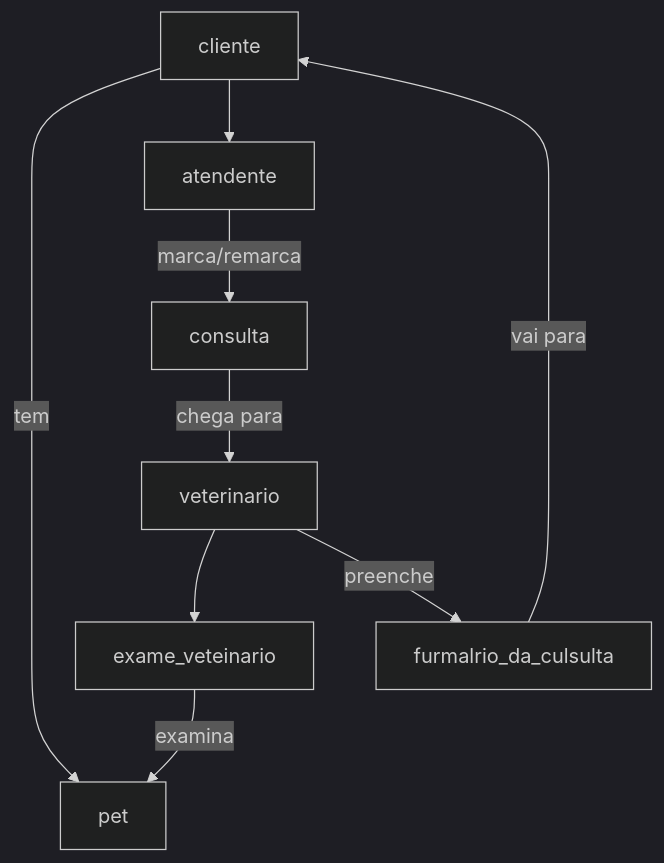
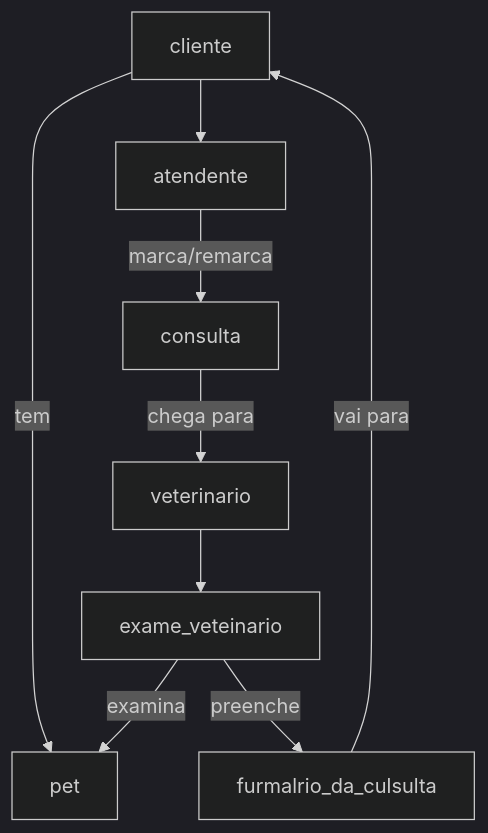
The diagram in README.md (Andriel94/Clinica_Veterianaria_Trabalho-engenharia-software-2026), drawn with Mermaid (dark theme) before and after one commit.

Commit message:
Fix typo in README.md related to consultation flow

````diff
--- a/README.md
+++ b/README.md
@@ -6,19 +6,18 @@
 ```mermaid
 flowchart TD
 
     cliente["cliente"]
     pet["pet"]
     atendente["atendente"]
     veterinario["veterinario"]
 
     consulta["consulta"]
     exame_veteinario["exame_veteinario"]
     furmulario_da_culsulta["furmalrio_da_culsulta"]
 
     cliente -- tem --> pet 
     cliente --> atendente -- "marca/remarca" --> consulta
     consulta -- "chega para" --> veterinario --> exame_veteinario -- "examina" --> pet
-    veterinario -- "preenche" --> furmulario_da_culsulta
+    exame_veteinario -- "preenche" --> furmulario_da_culsulta
     furmulario_da_culsulta -- "vai para" --> cliente
- 
 ```
````
